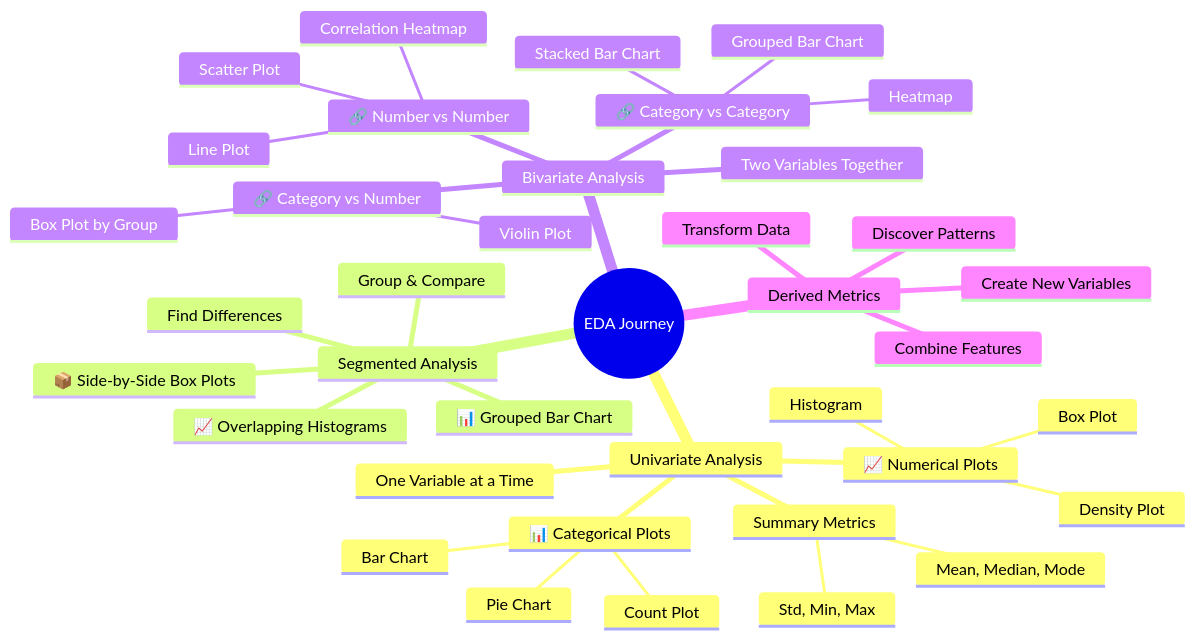
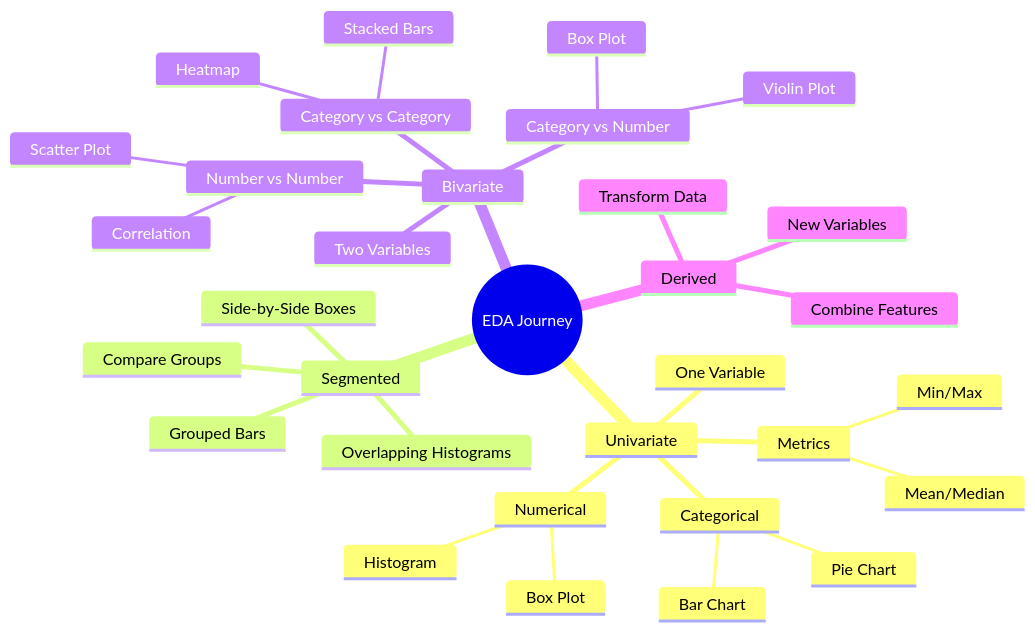
One commit to rilov/handbook changed the second of 16 diagrams in _topics/Chapter 1 - Introduction to Exploratory Data Analysis.md. Above: the diagram before and after it, drawn with Mermaid.

Commit message:
Simplify EDA Journey mindmap - more concise and readable

```diff
--- a/_topics/Chapter 1 - Introduction to Exploratory Data Analysis.md
+++ b/_topics/Chapter 1 - Introduction to Exploratory Data Analysis.md
@@ -43,41 +43,35 @@
 <div class="mermaid">
 mindmap
   root((EDA Journey))
-    Univariate Analysis
-      One Variable at a Time
-      📊 Categorical Plots
+    Univariate
+      One Variable
+      Categorical
         Bar Chart
         Pie Chart
-        Count Plot
-      📈 Numerical Plots
+      Numerical
         Histogram
         Box Plot
-        Density Plot
-      Summary Metrics
-        Mean, Median, Mode
-        Std, Min, Max
-    Segmented Analysis
-      Group & Compare
-      📊 Grouped Bar Chart
-      📦 Side-by-Side Box Plots
-      📈 Overlapping Histograms
-      Find Differences
-    Bivariate Analysis
-      Two Variables Together
-      🔗 Number vs Number
+      Metrics
+        Mean/Median
+        Min/Max
+    Segmented
+      Compare Groups
+      Grouped Bars
+      Side-by-Side Boxes
+      Overlapping Histograms
+    Bivariate
+      Two Variables
+      Number vs Number
         Scatter Plot
-        Line Plot
-        Correlation Heatmap
-      🔗 Category vs Number
-        Box Plot by Group
+        Correlation
+      Category vs Number
+        Box Plot
         Violin Plot
-      🔗 Category vs Category
-        Stacked Bar Chart
-        Grouped Bar Chart
+      Category vs Category
+        Stacked Bars
         Heatmap
-    Derived Metrics
-      Create New Variables
+    Derived
+      New Variables
       Combine Features
       Transform Data
-      Discover Patterns
 </div>
```
